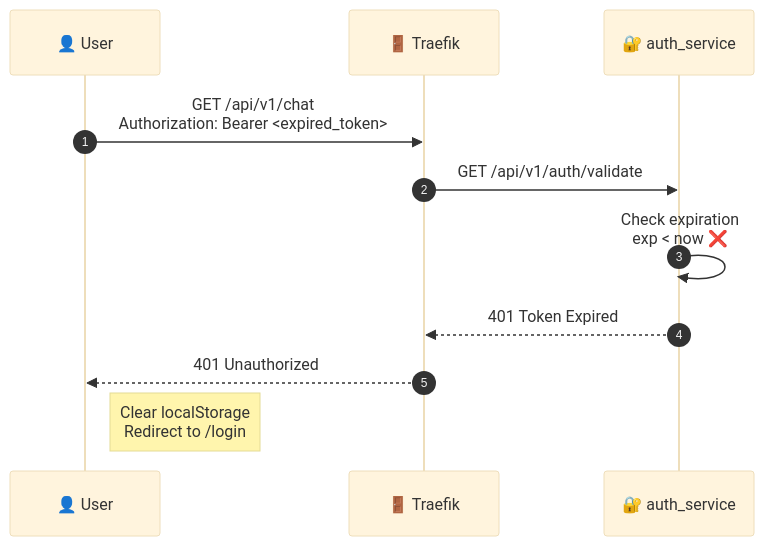
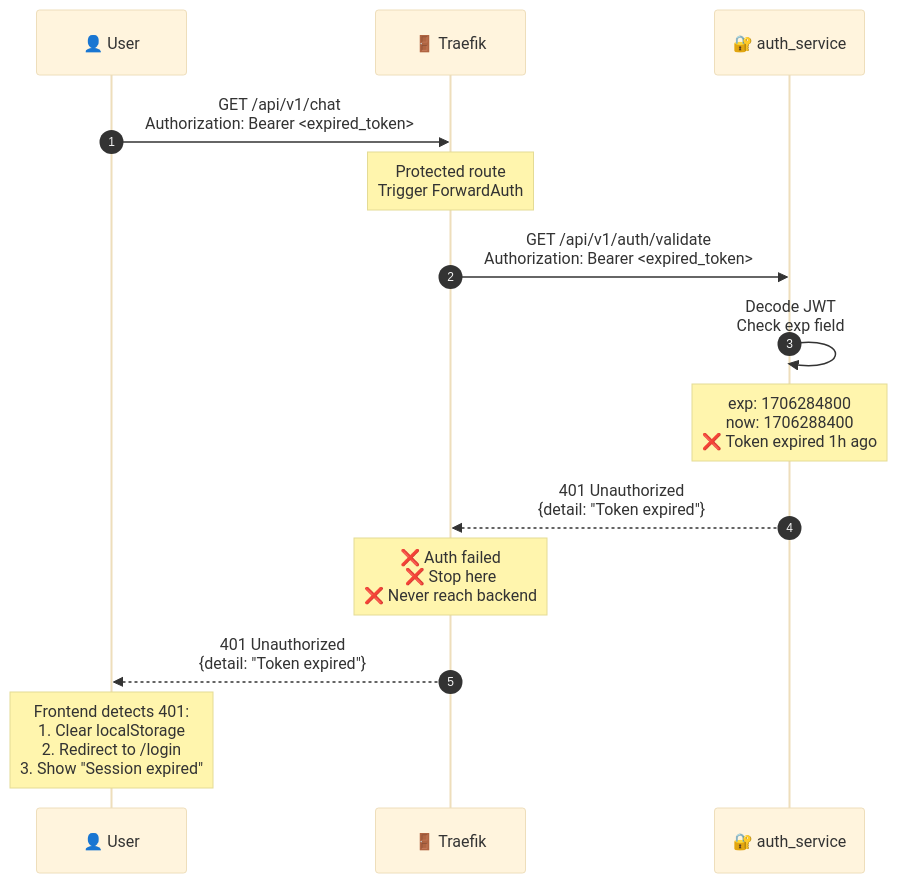
The fifth of 5 diagrams in README.md (aviciot/omni2-bridge), drawn with Mermaid (base theme) before and after one commit. The commit also changed other lines of this file, not shown here.

Commit message:
Enhanced architecture diagram with internal/external access and detailed auth flows

````diff
--- a/README.md
+++ b/README.md
@@ -249,14 +342,17 @@
 ```mermaid
 sequenceDiagram
     autonumber
     participant U as 👤 User
     participant T as 🚪 Traefik
     participant A as 🔐 auth_service
 
     U->>T: GET /api/v1/chat<br/>Authorization: Bearer <expired_token>
-    T->>A: GET /api/v1/auth/validate
-    A->>A: Check expiration<br/>exp < now ❌
-    A-->>T: 401 Token Expired
-    T-->>U: 401 Unauthorized
-    Note right of U: Clear localStorage<br/>Redirect to /login
+    Note over T: Protected route<br/>Trigger ForwardAuth
+    T->>A: GET /api/v1/auth/validate<br/>Authorization: Bearer <expired_token>
+    A->>A: Decode JWT<br/>Check exp field
+    Note over A: exp: 1706284800<br/>now: 1706288400<br/>❌ Token expired 1h ago
+    A-->>T: 401 Unauthorized<br/>{detail: "Token expired"}
+    Note over T: ❌ Auth failed<br/>❌ Stop here<br/>❌ Never reach backend
+    T-->>U: 401 Unauthorized<br/>{detail: "Token expired"}
+    Note over U: Frontend detects 401:<br/>1. Clear localStorage<br/>2. Redirect to /login<br/>3. Show "Session expired"
 ```
````
